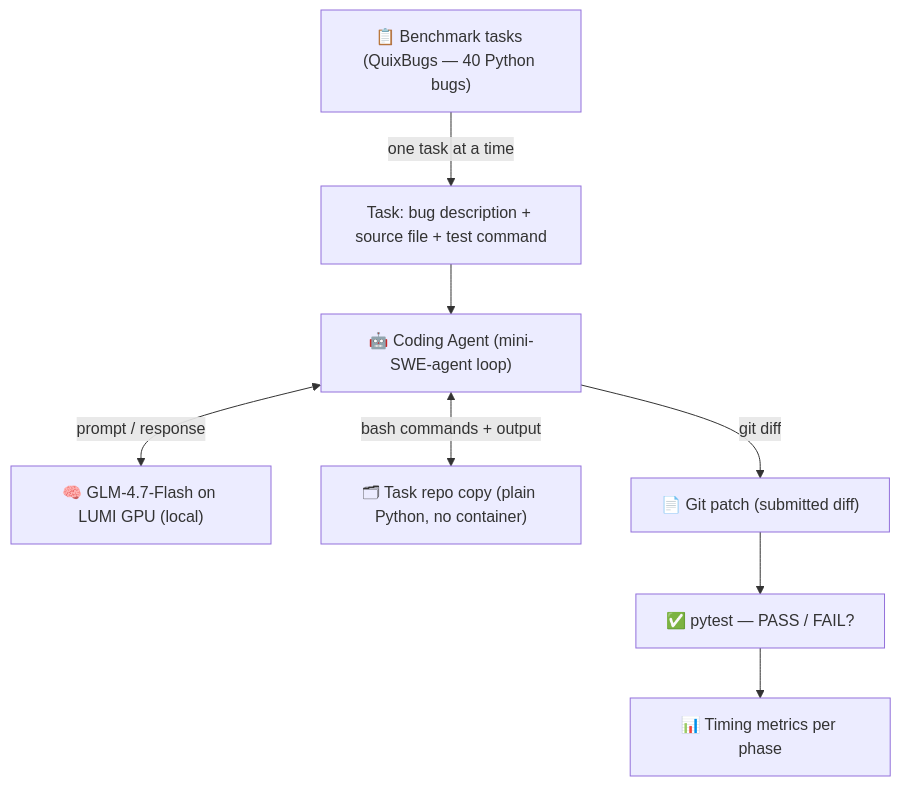
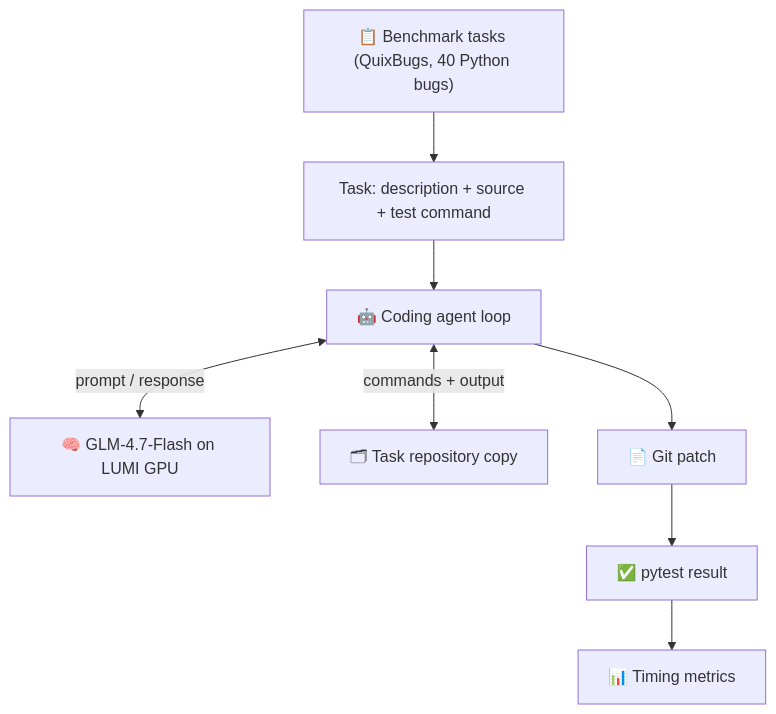
Before and after one commit to djstockma/researchProjectData: the first of 3 diagrams in report/report.md, drawn with Mermaid. The commit also changed other lines of this file and 2 other files, not shown here.

````diff
--- a/report/report.md
+++ b/report/report.md
@@ -72,19 +63,19 @@
 ```mermaid
 flowchart TD
-    BENCH["📋 Benchmark tasks (QuixBugs — 40 Python bugs)"]
-    TASK["Task: bug description + source file + test command"]
-    AGENT["🤖 Coding Agent (mini-SWE-agent loop)"]
-    LLM["🧠 GLM-4.7-Flash on LUMI GPU (local)"]
-    ENV["🗂 Task repo copy (plain Python, no container)"]
-    PATCH["📄 Git patch (submitted diff)"]
-    EVAL["✅ pytest — PASS / FAIL?"]
-    METRICS["📊 Timing metrics per phase"]
+    BENCH["📋 Benchmark tasks (QuixBugs, 40 Python bugs)"]
+    TASK["Task: description + source + test command"]
+    AGENT["🤖 Coding agent loop"]
+    LLM["🧠 GLM-4.7-Flash on LUMI GPU"]
+    ENV["🗂 Task repository copy"]
+    PATCH["📄 Git patch"]
+    EVAL["✅ pytest result"]
+    METRICS["📊 Timing metrics"]
 
-    BENCH -->|"one task at a time"| TASK
+    BENCH --> TASK
     TASK --> AGENT
     AGENT <-->|"prompt / response"| LLM
-    AGENT <-->|"bash commands + output"| ENV
-    AGENT -->|"git diff"| PATCH
+    AGENT <-->|"commands + output"| ENV
+    AGENT --> PATCH
     PATCH --> EVAL
     EVAL --> METRICS
 ```
````
